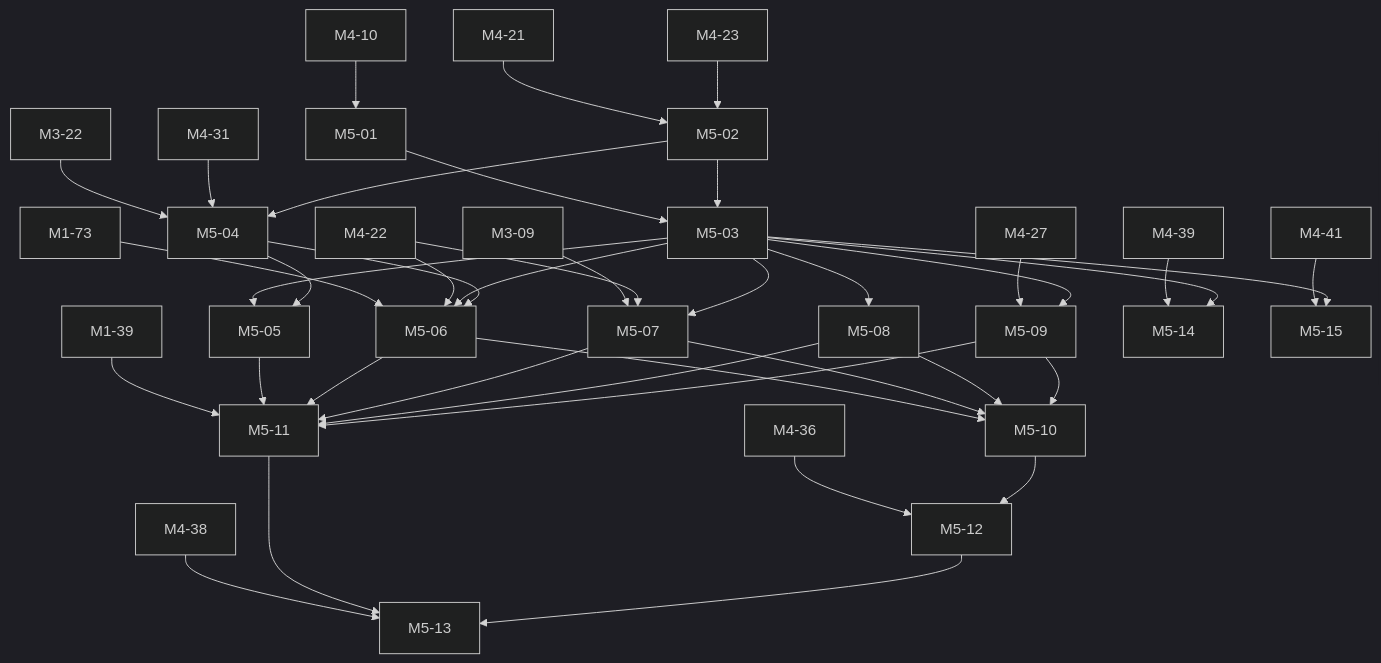
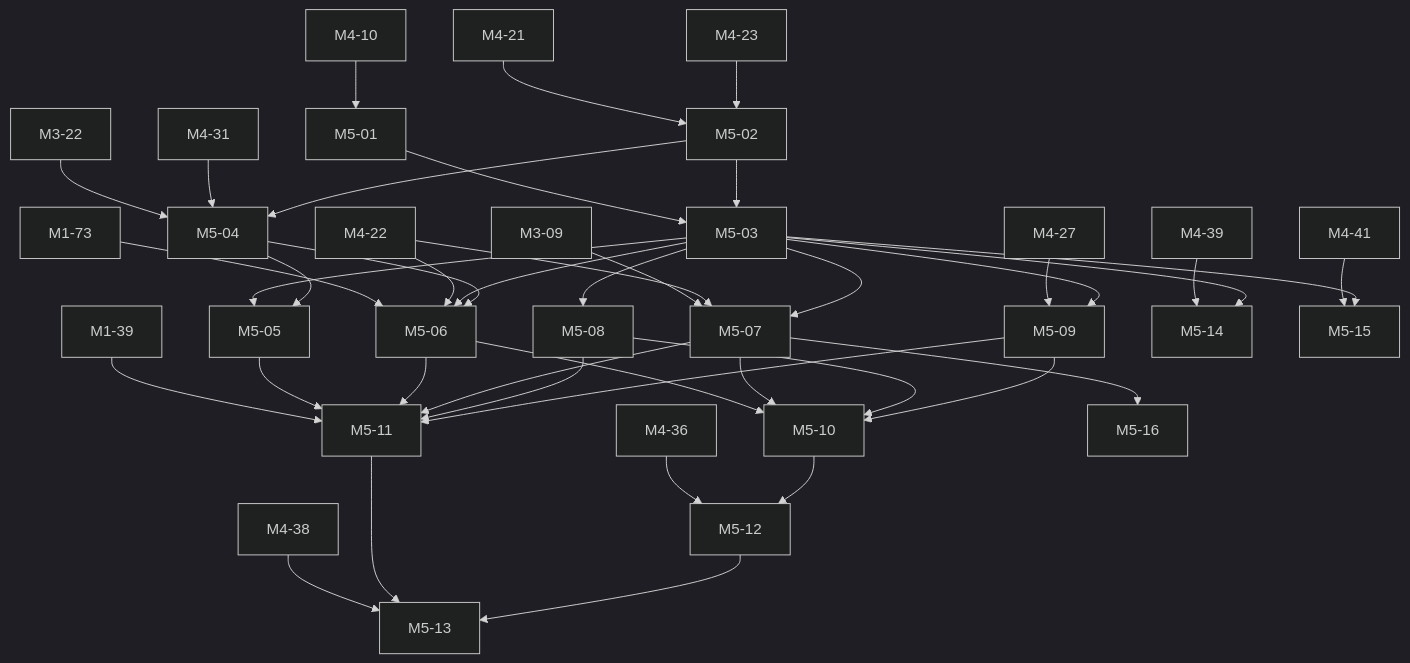
The fifth of 8 diagrams in docs/briefs/README.md (mguttmann/bothy), drawn with Mermaid (dark theme) before and after one commit. The commit also changed other lines of this file and 14 other files, not shown here.

````diff
--- a/docs/briefs/README.md
+++ b/docs/briefs/README.md
@@ -1073,71 +1074,73 @@
 ```mermaid
 flowchart TB
   M1_39["M1-39"]
   M1_73["M1-73"]
   M3_09["M3-09"]
   M3_22["M3-22"]
   M4_10["M4-10"]
   M4_21["M4-21"]
   M4_22["M4-22"]
   M4_23["M4-23"]
   M4_27["M4-27"]
   M4_31["M4-31"]
   M4_36["M4-36"]
   M4_38["M4-38"]
   M4_39["M4-39"]
   M4_41["M4-41"]
   M5_01["M5-01"]
   M5_02["M5-02"]
   M5_03["M5-03"]
   M5_04["M5-04"]
   M5_05["M5-05"]
   M5_06["M5-06"]
   M5_07["M5-07"]
   M5_08["M5-08"]
   M5_09["M5-09"]
   M5_10["M5-10"]
   M5_11["M5-11"]
   M5_12["M5-12"]
   M5_13["M5-13"]
   M5_14["M5-14"]
   M5_15["M5-15"]
+  M5_16["M5-16"]
   M4_10 --> M5_01
   M4_21 --> M5_02
   M4_23 --> M5_02
   M5_01 --> M5_03
   M5_02 --> M5_03
   M3_22 --> M5_04
   M4_31 --> M5_04
   M5_02 --> M5_04
   M5_03 --> M5_05
   M5_04 --> M5_05
   M1_73 --> M5_06
   M4_22 --> M5_06
   M5_03 --> M5_06
   M5_04 --> M5_06
   M3_09 --> M5_07
   M4_22 --> M5_07
   M5_03 --> M5_07
   M5_03 --> M5_08
   M4_27 --> M5_09
   M5_03 --> M5_09
   M5_06 --> M5_10
   M5_07 --> M5_10
   M5_08 --> M5_10
   M5_09 --> M5_10
   M1_39 --> M5_11
   M5_05 --> M5_11
   M5_06 --> M5_11
   M5_07 --> M5_11
   M5_08 --> M5_11
   M5_09 --> M5_11
   M4_36 --> M5_12
   M5_10 --> M5_12
   M4_38 --> M5_13
   M5_11 --> M5_13
   M5_12 --> M5_13
   M4_39 --> M5_14
   M5_03 --> M5_14
   M4_41 --> M5_15
   M5_03 --> M5_15
+  M5_07 --> M5_16
 ```
````
